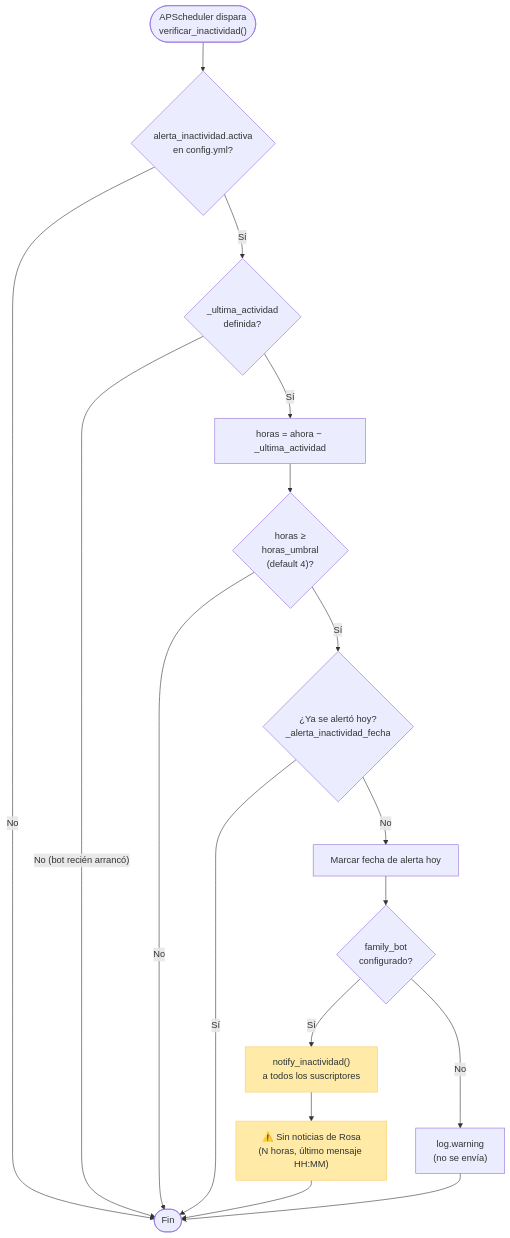
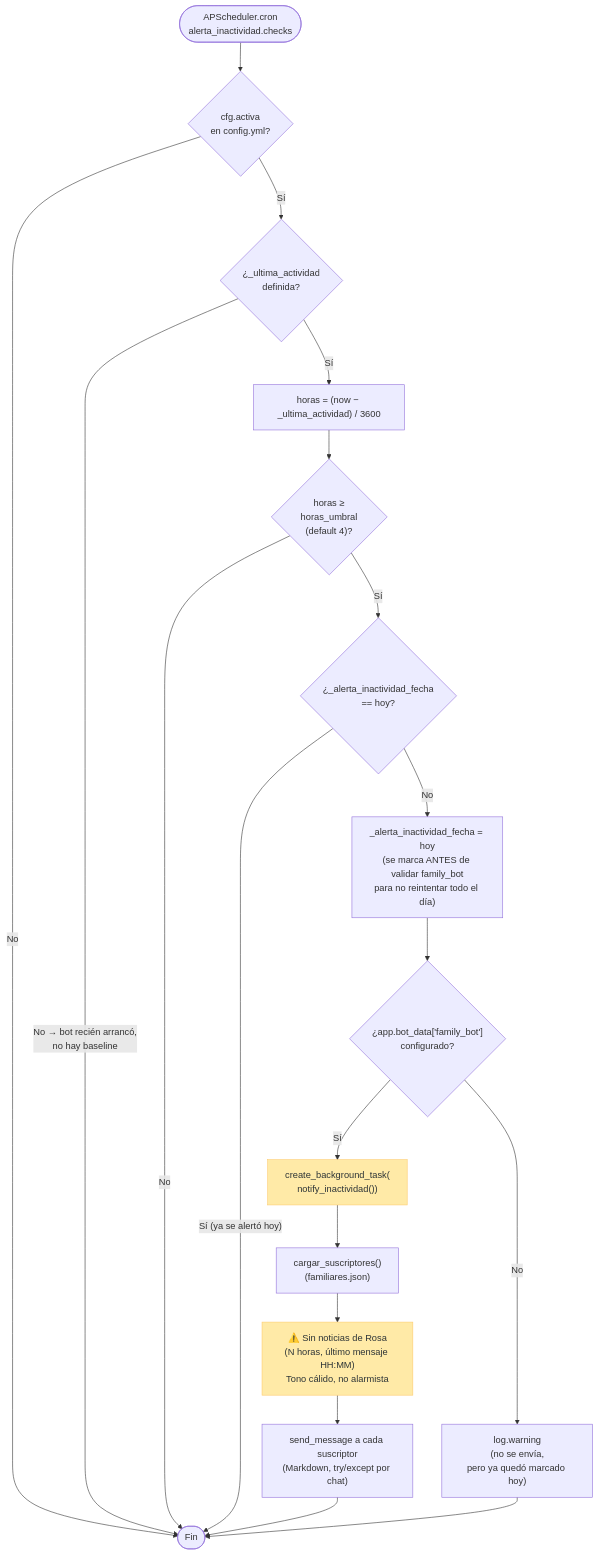
Before and after one commit to geermaanv/aikiu: the sixth of 8 diagrams in README.md, drawn with Mermaid. The commit also changed other lines of this file, not shown here.

````diff
--- a/README.md
+++ b/README.md
@@ -282,22 +362,24 @@
 ```mermaid
 flowchart TD
-    START(["APScheduler dispara<br/>verificar_inactividad()"]) --> ACTIVA{"alerta_inactividad.activa<br/>en config.yml?"}
+    START(["APScheduler.cron<br/>alerta_inactividad.checks"]) --> ACTIVA{"cfg.activa<br/>en config.yml?"}
     ACTIVA -->|"No"| END(["Fin"])
-    ACTIVA -->|"Sí"| BASE{"_ultima_actividad<br/>definida?"}
-    BASE -->|"No (bot recién arrancó)"| END
-    BASE -->|"Sí"| CALC["horas = ahora − _ultima_actividad"]
+    ACTIVA -->|"Sí"| BASE{"¿_ultima_actividad<br/>definida?"}
+    BASE -->|"No → bot recién arrancó,<br/>no hay baseline"| END
+    BASE -->|"Sí"| CALC["horas = (now − _ultima_actividad) / 3600"]
     CALC --> UMBRAL{"horas ≥<br/>horas_umbral<br/>(default 4)?"}
     UMBRAL -->|"No"| END
-    UMBRAL -->|"Sí"| HOY{"¿Ya se alertó hoy?<br/>_alerta_inactividad_fecha"}
-    HOY -->|"Sí"| END
-    HOY -->|"No"| MARK["Marcar fecha de alerta hoy"]
-    MARK --> CHECKBOT{"family_bot<br/>configurado?"}
-    CHECKBOT -->|"No"| WARN["log.warning<br/>(no se envía)"]
-    CHECKBOT -->|"Sí"| NOTIFY["notify_inactividad()<br/>a todos los suscriptores"]
-    NOTIFY --> MSG["⚠️ Sin noticias de Rosa<br/>(N horas, último mensaje HH:MM)"]
-    MSG --> END
+    UMBRAL -->|"Sí"| HOY{"¿_alerta_inactividad_fecha<br/>== hoy?"}
+    HOY -->|"Sí (ya se alertó hoy)"| END
+    HOY -->|"No"| MARK["_alerta_inactividad_fecha = hoy<br/>(se marca ANTES de validar family_bot<br/>para no reintentar todo el día)"]
+    MARK --> CHECKBOT{"¿app.bot_data['family_bot']<br/>configurado?"}
+    CHECKBOT -->|"No"| WARN["log.warning<br/>(no se envía,<br/>pero ya quedó marcado hoy)"]
+    CHECKBOT -->|"Sí"| NOTIFY["create_background_task(<br/>notify_inactividad())"]
+    NOTIFY --> LOAD["cargar_suscriptores()<br/>(familiares.json)"]
+    LOAD --> MSG["⚠️ Sin noticias de Rosa<br/>(N horas, último mensaje HH:MM)<br/>Tono cálido, no alarmista"]
+    MSG --> SEND["send_message a cada suscriptor<br/>(Markdown, try/except por chat)"]
+    SEND --> END
     WARN --> END
 
     classDef warn fill:#ffeaa7,stroke:#fdcb6e,color:#2d3436;
     class MSG,NOTIFY warn;
 ```
````
